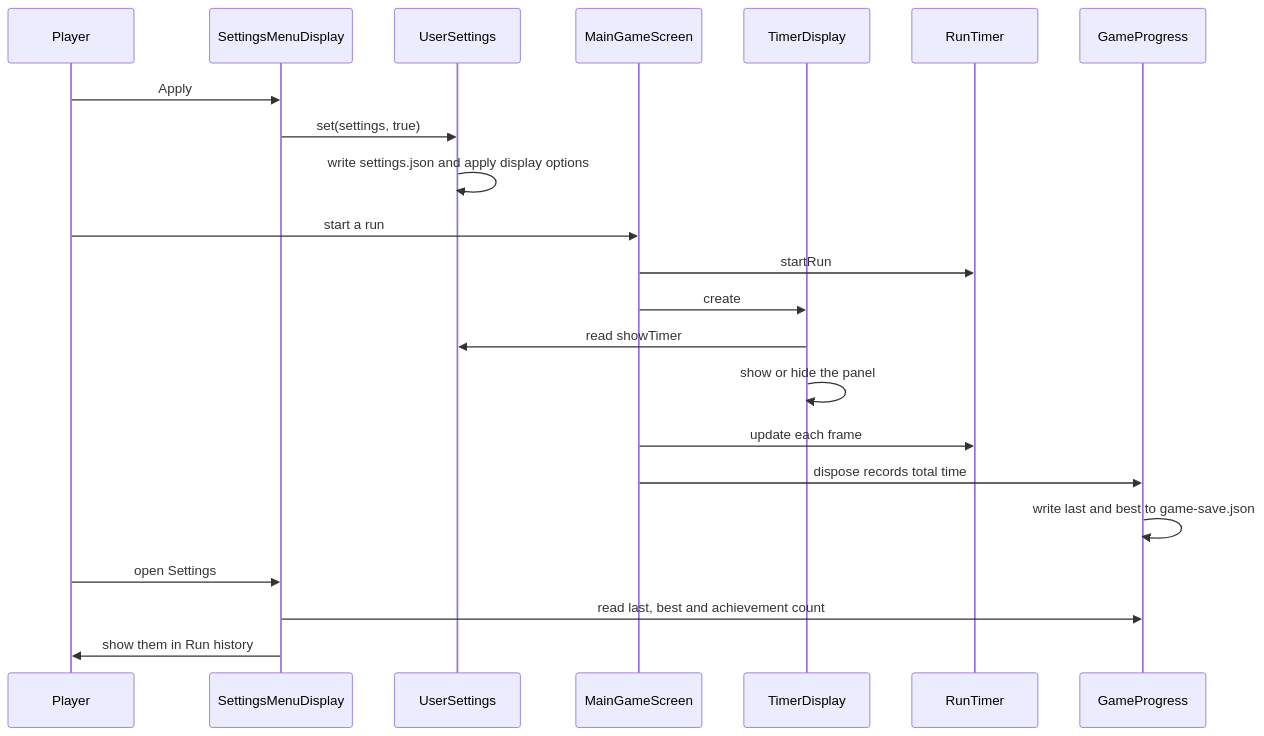
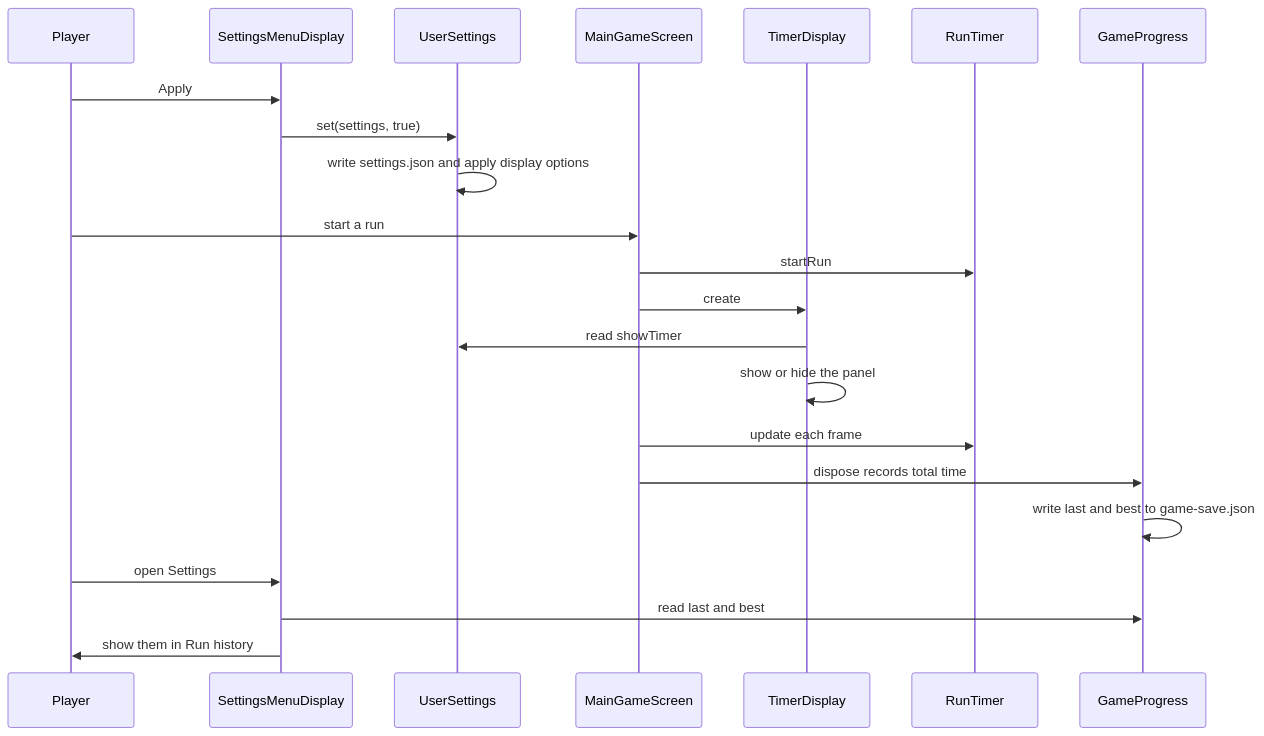
Before and after one commit to UQcsse3200/2026-studio-4: the second of 3 diagrams in source/docs/settings-menu.md, drawn with Mermaid. The commit also changed other lines of this file and 1 other file, not shown here.

Commit message:
Remove achievements from the settings menu (#238).

````diff
--- a/source/docs/settings-menu.md
+++ b/source/docs/settings-menu.md
@@ -93,25 +93,25 @@
 ```mermaid
 sequenceDiagram
   participant Player
   participant Menu as SettingsMenuDisplay
   participant Settings as UserSettings
   participant Run as MainGameScreen
   participant Timer as TimerDisplay
   participant Clock as RunTimer
   participant Save as GameProgress
 
   Player->>Menu: Apply
   Menu->>Settings: set(settings, true)
   Settings->>Settings: write settings.json and apply display options
   Player->>Run: start a run
   Run->>Clock: startRun
   Run->>Timer: create
   Timer->>Settings: read showTimer
   Timer->>Timer: show or hide the panel
   Run->>Clock: update each frame
   Run->>Save: dispose records total time
   Save->>Save: write last and best to game-save.json
   Player->>Menu: open Settings
-  Menu->>Save: read last, best and achievement count
+  Menu->>Save: read last and best
   Menu->>Player: show them in Run history
 ```
````
